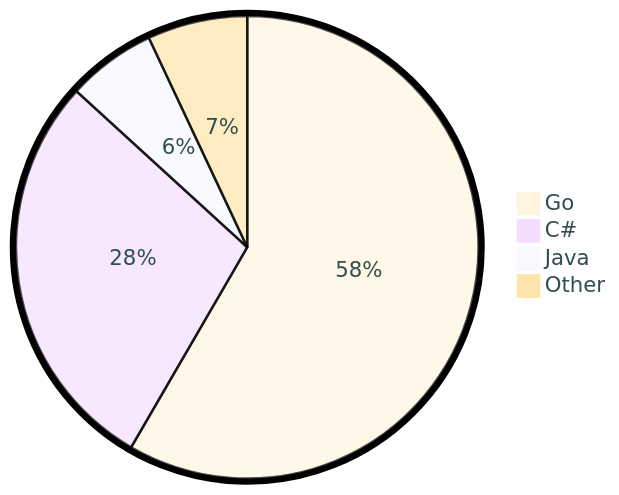
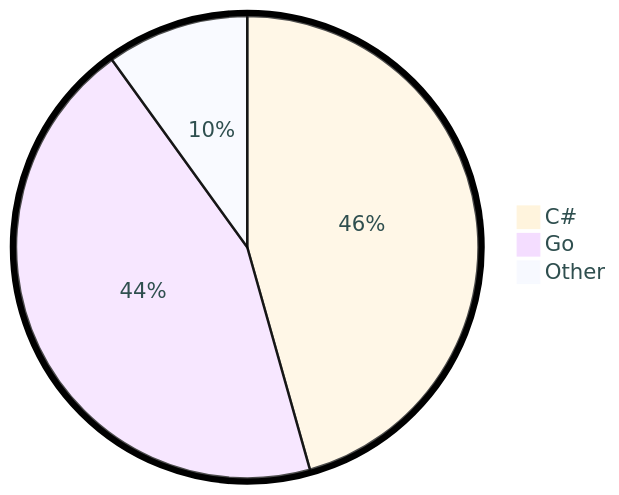
The diagram in README.md (tot0p/tot0p), drawn with Mermaid before and after one commit. The commit also changed other lines of this file, not shown here.

````diff
--- a/README.md
+++ b/README.md
@@ -79,8 +78,7 @@
 ```mermaid
 %%{init: {"pie": {"textPosition": 0.5}, "themeVariables": {"pieOuterStrokeWidth": "5px","primaryTextColor" : "#2F4F4F"},"theme":"base"} }%%
 pie
-	"Go": 58.37
-	"C#": 28.41
-	"Java": 6.23
-	"Other": 6.989999999999999
+	"C#": 45.63
+	"Go": 44.43
+	"Other": 9.95
 ```
````
